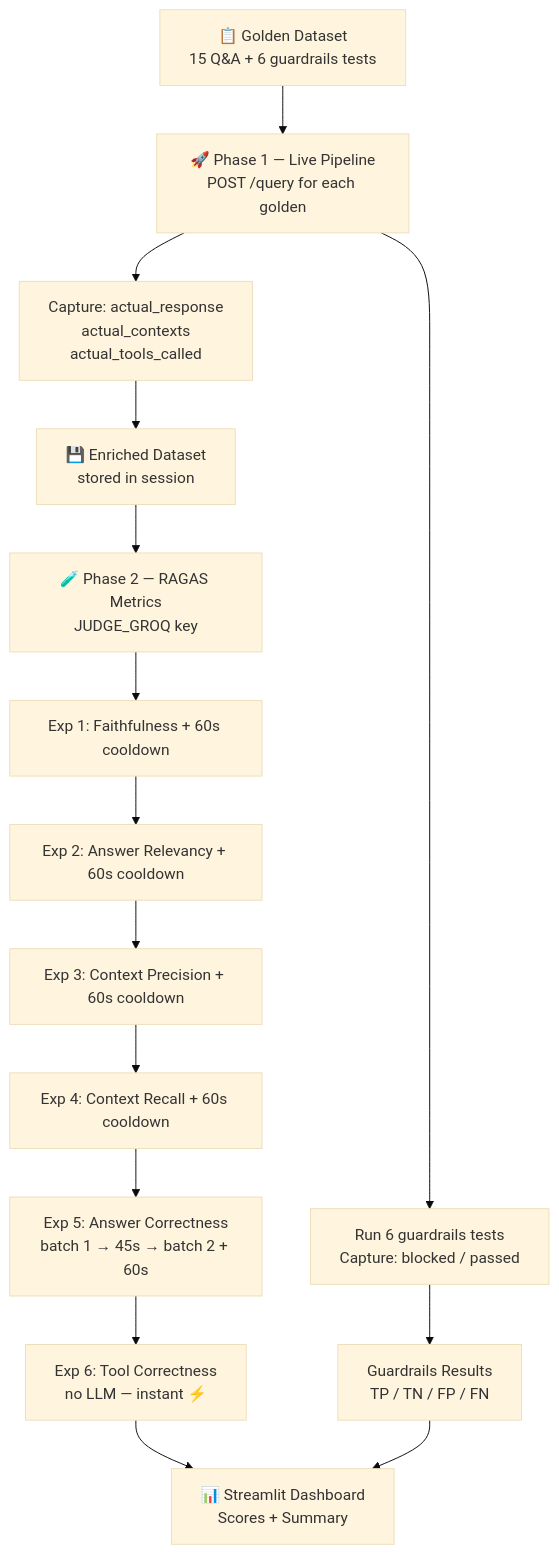
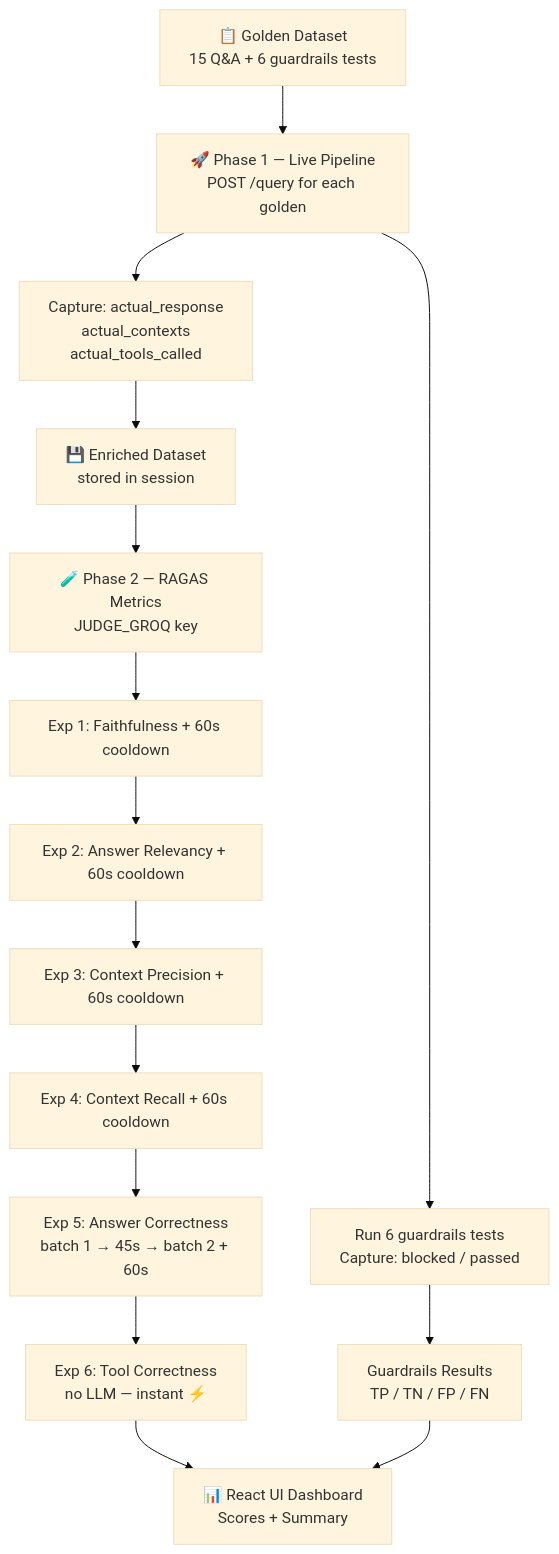
One commit to maheshnallada/KubeAegis changed the diagram in DOCS/11_EVALS_PIPELINE.md. Above: the diagram before and after it, drawn with Mermaid (base theme). The commit also changed other lines of this file and 44 other files, not shown here.

````diff
--- a/DOCS/11_EVALS_PIPELINE.md
+++ b/DOCS/11_EVALS_PIPELINE.md
@@ -79,22 +79,22 @@
 ```mermaid
 flowchart TD
     A[📋 Golden Dataset\n15 Q&A + 6 guardrails tests] --> B
 
     B[🚀 Phase 1 — Live Pipeline\nPOST /query for each golden]
     B --> C[Capture: actual_response\nactual_contexts\nactual_tools_called]
     B --> D[Run 6 guardrails tests\nCapture: blocked / passed]
 
     C --> E[💾 Enriched Dataset\nstored in session]
     D --> F[Guardrails Results\nTP / TN / FP / FN]
 
     E --> G[🧪 Phase 2 — RAGAS Metrics\nJUDGE_GROQ key]
     G --> H[Exp 1: Faithfulness + 60s cooldown]
     H --> I[Exp 2: Answer Relevancy + 60s cooldown]
     I --> J[Exp 3: Context Precision + 60s cooldown]
     J --> K[Exp 4: Context Recall + 60s cooldown]
     K --> L[Exp 5: Answer Correctness\nbatch 1 → 45s → batch 2 + 60s]
     L --> M[Exp 6: Tool Correctness\nno LLM — instant ⚡]
 
-    M --> N[📊 Streamlit Dashboard\nScores + Summary]
+    M --> N[📊 React UI Dashboard\nScores + Summary]
     F --> N
 ```
````
